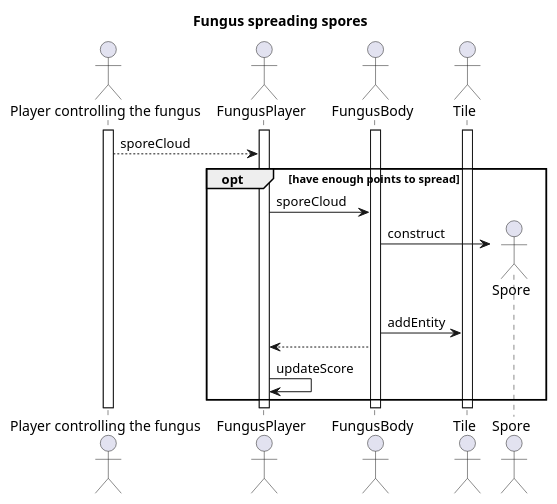
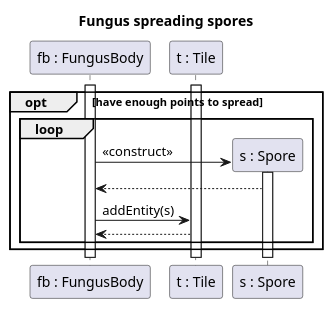
One commit to Harcipan/Projlab_nullpointerexception changed the diagram in diagrams/diagramFiles/SQ_FungusSpores.puml. Above: the diagram before and after it, drawn with PlantUML. The commit also changed 23 other files, not shown here.

```diff
--- a/diagrams/diagramFiles/SQ_FungusSpores.puml
+++ b/diagrams/diagramFiles/SQ_FungusSpores.puml
@@ -1,27 +1,24 @@
 @startuml Fungus spores
 
 title Fungus spreading spores
 
-actor "Player controlling the fungus" as P
-actor "FungusPlayer" as Fp
-actor "FungusBody" as Fb
-actor "Tile" as T
-actor "Spore" as S
+participant "fb : FungusBody" as Fb
+participant "t : Tile" as T
+participant "s : Spore" as S
 
-activate P
-activate Fp
 activate Fb
 activate T
 
-P --> Fp : sporeCloud
 opt have enough points to spread
-Fp -> Fb : sporeCloud
-Fb -> S ** : construct
-Fb -> T : addEntity
-Fb --> Fp
-Fp -> Fp : updateScore
+loop 
+Fb -> S ** : <<construct>>
+activate S
+S --> Fb
+Fb -> T : addEntity(s)
+T-->Fb
 
+end
 end
 
 
 @enduml
```
